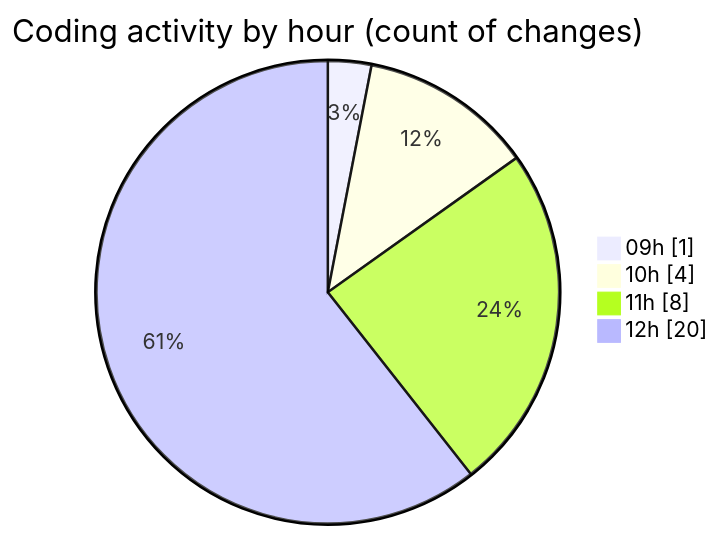
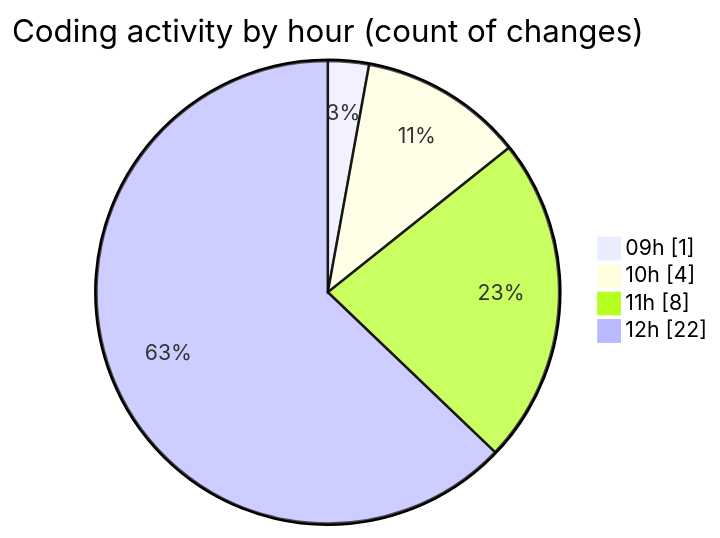
The second of 2 diagrams in 2025-10-21/cda/README.md (momahboobian/code-tracking), drawn with Mermaid before and after one commit. The commit also changed other lines of this file and 1 other file, not shown here.

````diff
--- a/2025-10-21/cda/README.md
+++ b/2025-10-21/cda/README.md
@@ -38,8 +39,8 @@
 ```mermaid
 pie showData
 title Coding activity by hour (count of changes)
 "09h" : 1
 "10h" : 4
 "11h" : 8
-"12h" : 20
+"12h" : 22
 ```
````
